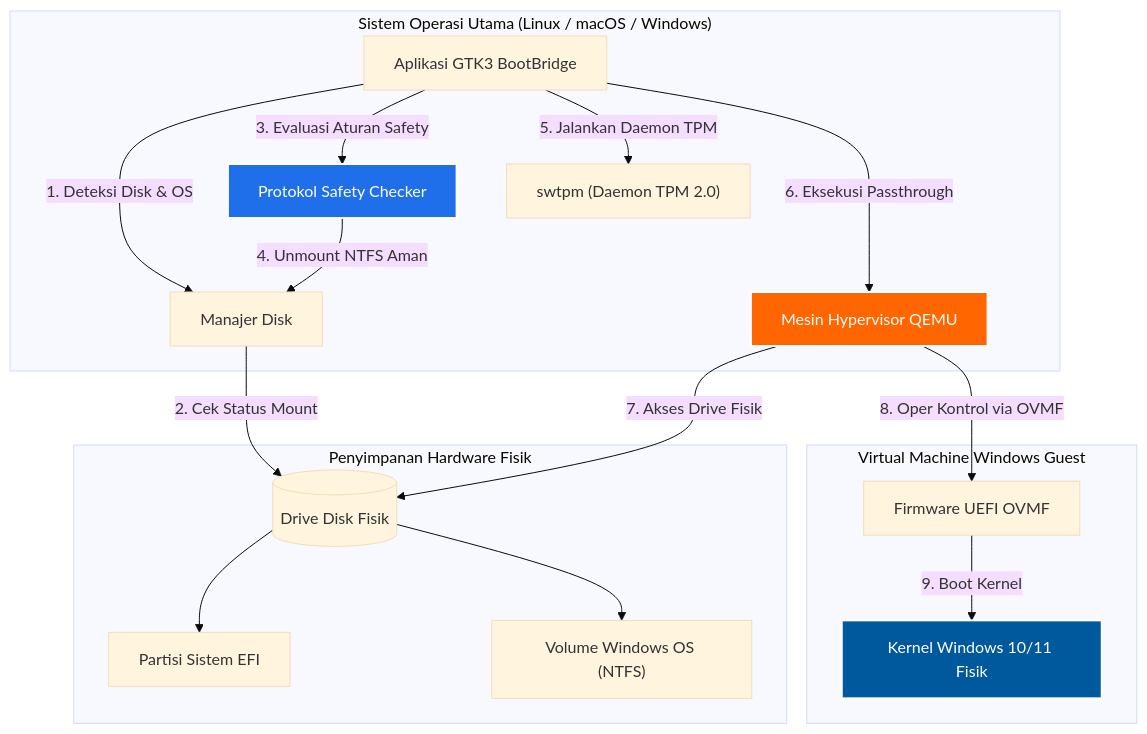
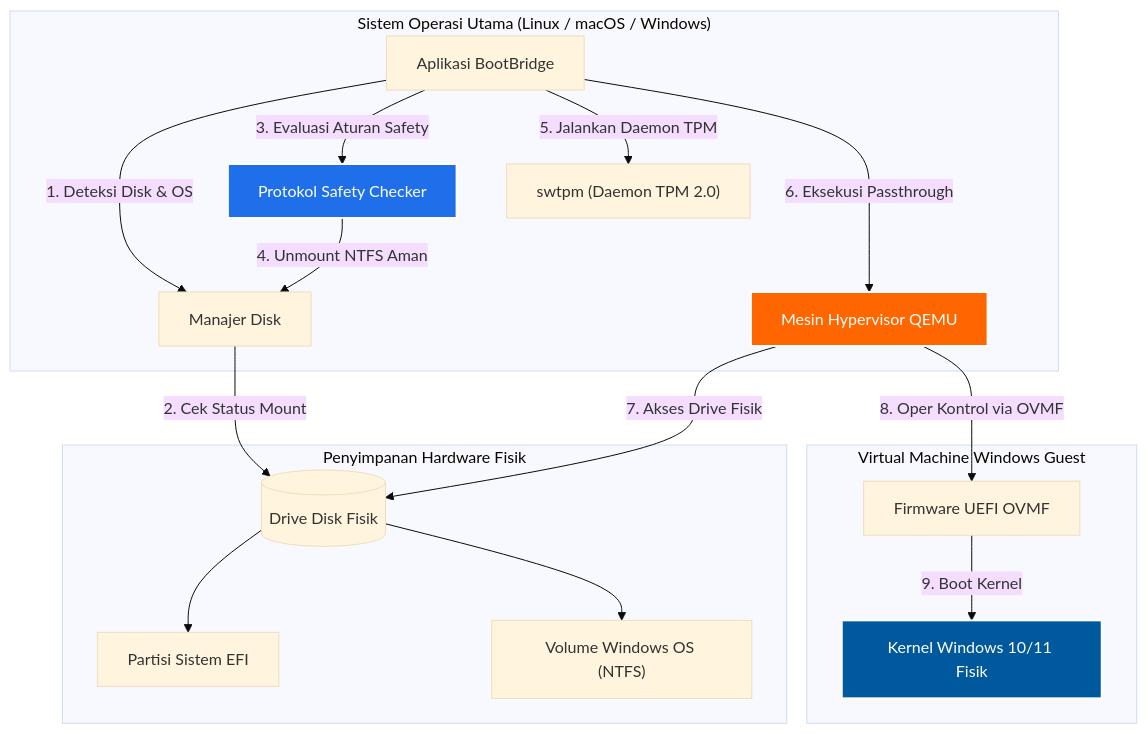
One commit to dreamzz2nd/BootBridge changed the diagram in README.id.md. Above: the diagram before and after it, drawn with Mermaid (base theme). The commit also changed other lines of this file and 17 other files, not shown here.

````diff
--- a/README.id.md
+++ b/README.id.md
@@ -203,36 +225,36 @@
 ```mermaid
 flowchart TD
     subgraph Host ["Sistem Operasi Utama (Linux / macOS / Windows)"]
-        UI["Aplikasi GTK3 BootBridge"]
+        UI["Aplikasi BootBridge"]
         SC["Protokol Safety Checker"]
         DM["Manajer Disk"]
         TPM["swtpm (Daemon TPM 2.0)"]
         QEMU["Mesin Hypervisor QEMU"]
     end
 
     subgraph Hardware ["Penyimpanan Hardware Fisik"]
         DISK[("Drive Disk Fisik")]
         ESP["Partisi Sistem EFI"]
         WIN["Volume Windows OS (NTFS)"]
     end
 
     subgraph Guest ["Virtual Machine Windows Guest"]
         OVMF["Firmware UEFI OVMF"]
         WINOS["Kernel Windows 10/11 Fisik"]
     end
 
     UI -->|1. Deteksi Disk & OS| DM
     DM -->|2. Cek Status Mount| DISK
     UI -->|3. Evaluasi Aturan Safety| SC
     SC -->|4. Unmount NTFS Aman| DM
     UI -->|5. Jalankan Daemon TPM| TPM
     UI -->|6. Eksekusi Passthrough| QEMU
     QEMU -->|7. Akses Drive Fisik| DISK
     DISK --> ESP & WIN
     QEMU -->|8. Oper Kontrol via OVMF| OVMF
     OVMF -->|9. Boot Kernel| WINOS
 
     style SC fill:#1f6feb,stroke:#fff,stroke-width:2px,color:#fff
     style QEMU fill:#ff6600,stroke:#fff,stroke-width:2px,color:#fff
     style WINOS fill:#00599c,stroke:#fff,stroke-width:2px,color:#fff
 ```
````
